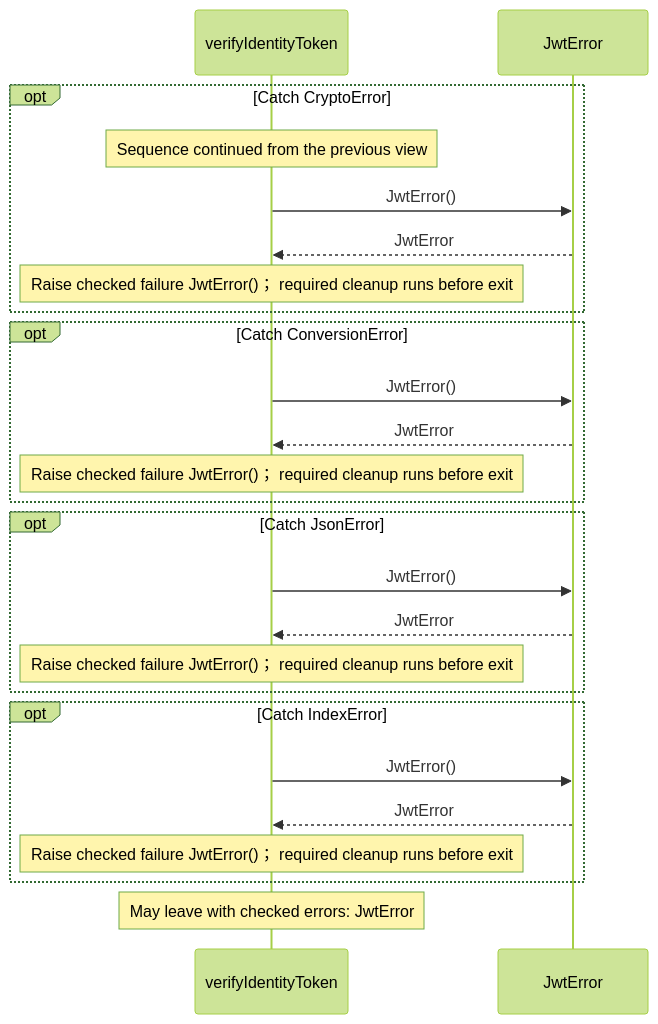
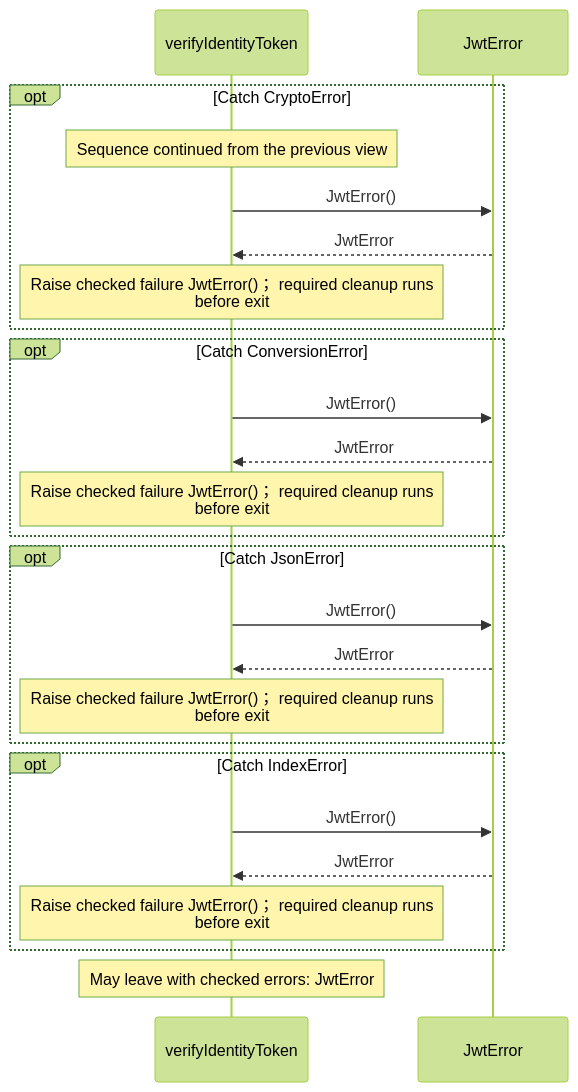
Diagram 13 of 14 in src/stdlib/crypto/jose.aug.diagrams.md (GreenPandaStudios/augscript), drawn with Mermaid (forest theme) before and after one commit. The commit also changed other lines of this file and 200 other files, not shown here.

Commit message:
Group imported operations and wrap readable sequence messages

````diff
--- a/src/stdlib/crypto/jose.aug.diagrams.md
+++ b/src/stdlib/crypto/jose.aug.diagrams.md
@@ -552,27 +522,27 @@
 ```mermaid
 sequenceDiagram
     participant p0 as verifyIdentityToken
     participant p1 as JwtError
     opt Catch CryptoError
     Note over p0: Sequence continued from the previous view
     p0->>p1: JwtError()
     p1-->>p0: JwtError
-    Note over p0: Raise checked failure JwtError()； required cleanup runs before exit
+    Note over p0: Raise checked failure JwtError()； required cleanup runs<br/>before exit
     end
     opt Catch ConversionError
     p0->>p1: JwtError()
     p1-->>p0: JwtError
-    Note over p0: Raise checked failure JwtError()； required cleanup runs before exit
+    Note over p0: Raise checked failure JwtError()； required cleanup runs<br/>before exit
     end
     opt Catch JsonError
     p0->>p1: JwtError()
     p1-->>p0: JwtError
-    Note over p0: Raise checked failure JwtError()； required cleanup runs before exit
+    Note over p0: Raise checked failure JwtError()； required cleanup runs<br/>before exit
     end
     opt Catch IndexError
     p0->>p1: JwtError()
     p1-->>p0: JwtError
-    Note over p0: Raise checked failure JwtError()； required cleanup runs before exit
+    Note over p0: Raise checked failure JwtError()； required cleanup runs<br/>before exit
     end
     Note over p0: May leave with checked errors: JwtError
 ```
````
